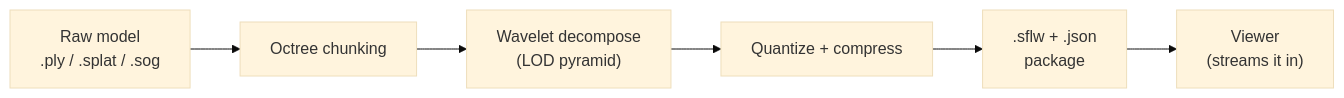
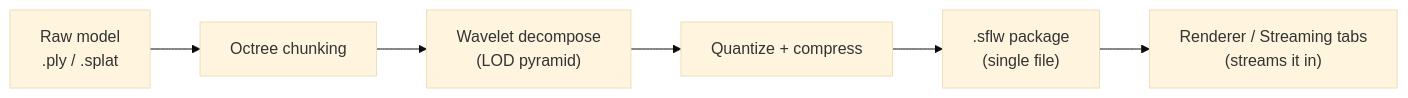
One commit to dewilkinson/splatlab changed the first of 3 diagrams in docs/USER_GUIDE.md. Above: the diagram before and after it, drawn with Mermaid (base theme). The commit also changed other lines of this file and 15 other files, not shown here.

First line of the commit message:
Rename to SurfelLab, single-file .sflw, occlusion volume rework, docs refresh

````diff
--- a/docs/USER_GUIDE.md
+++ b/docs/USER_GUIDE.md
@@ -12,8 +15,8 @@
 ```mermaid
 flowchart LR
-    A["Raw model<br/>.ply / .splat / .sog"] --> B["Octree chunking"]
+    A["Raw model<br/>.ply / .splat"] --> B["Octree chunking"]
     B --> C["Wavelet decompose<br/>(LOD pyramid)"]
     C --> D["Quantize + compress"]
-    D --> E[".sflw + .json<br/>package"]
-    E --> F["Viewer<br/>(streams it in)"]
+    D --> E[".sflw package<br/>(single file)"]
+    E --> F["Renderer / Streaming tabs<br/>(streams it in)"]
 ```
````
